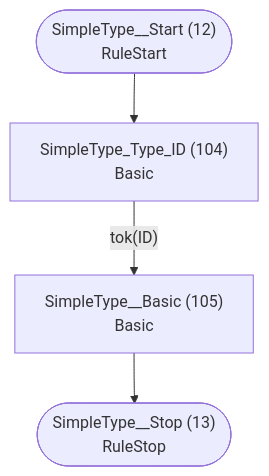
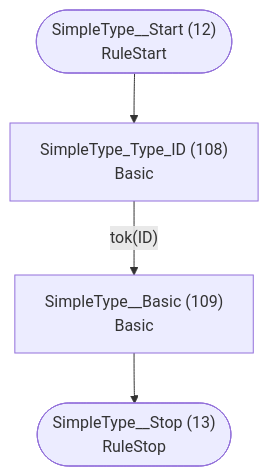
Before and after one commit to TypeFox/fastbelt: the seventh of 26 diagrams in internal/grammar/atn.md, drawn with Mermaid. The commit also changed other lines of this file and 51 other files, not shown here.

````diff
--- a/internal/grammar/atn.md
+++ b/internal/grammar/atn.md
@@ -183,11 +188,11 @@
 ```mermaid
 flowchart TD
     q12(["SimpleType__Start (12)<br/>RuleStart"])
     q13(["SimpleType__Stop (13)<br/>RuleStop"])
-    q104["SimpleType_Type_ID (104)<br/>Basic<br/>"]
-    q105["SimpleType__Basic (105)<br/>Basic<br/>"]
+    q108["SimpleType_Type_ID (108)<br/>Basic<br/>"]
+    q109["SimpleType__Basic (109)<br/>Basic<br/>"]
 
-    q12 --> q104
-    q104 -->|"tok(ID)"| q105
-    q105 --> q13
+    q12 --> q108
+    q108 -->|"tok(ID)"| q109
+    q109 --> q13
 ```
````
